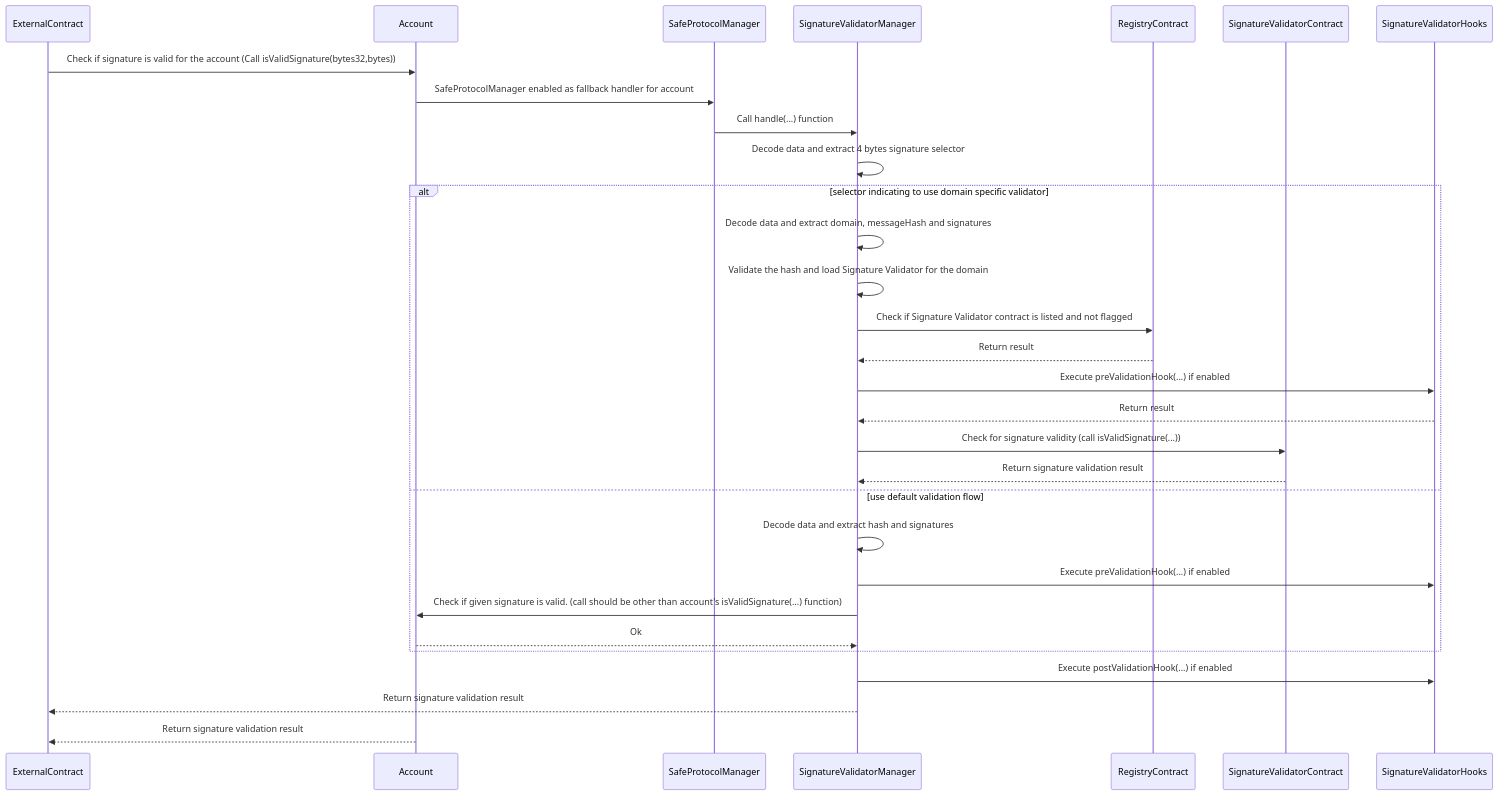
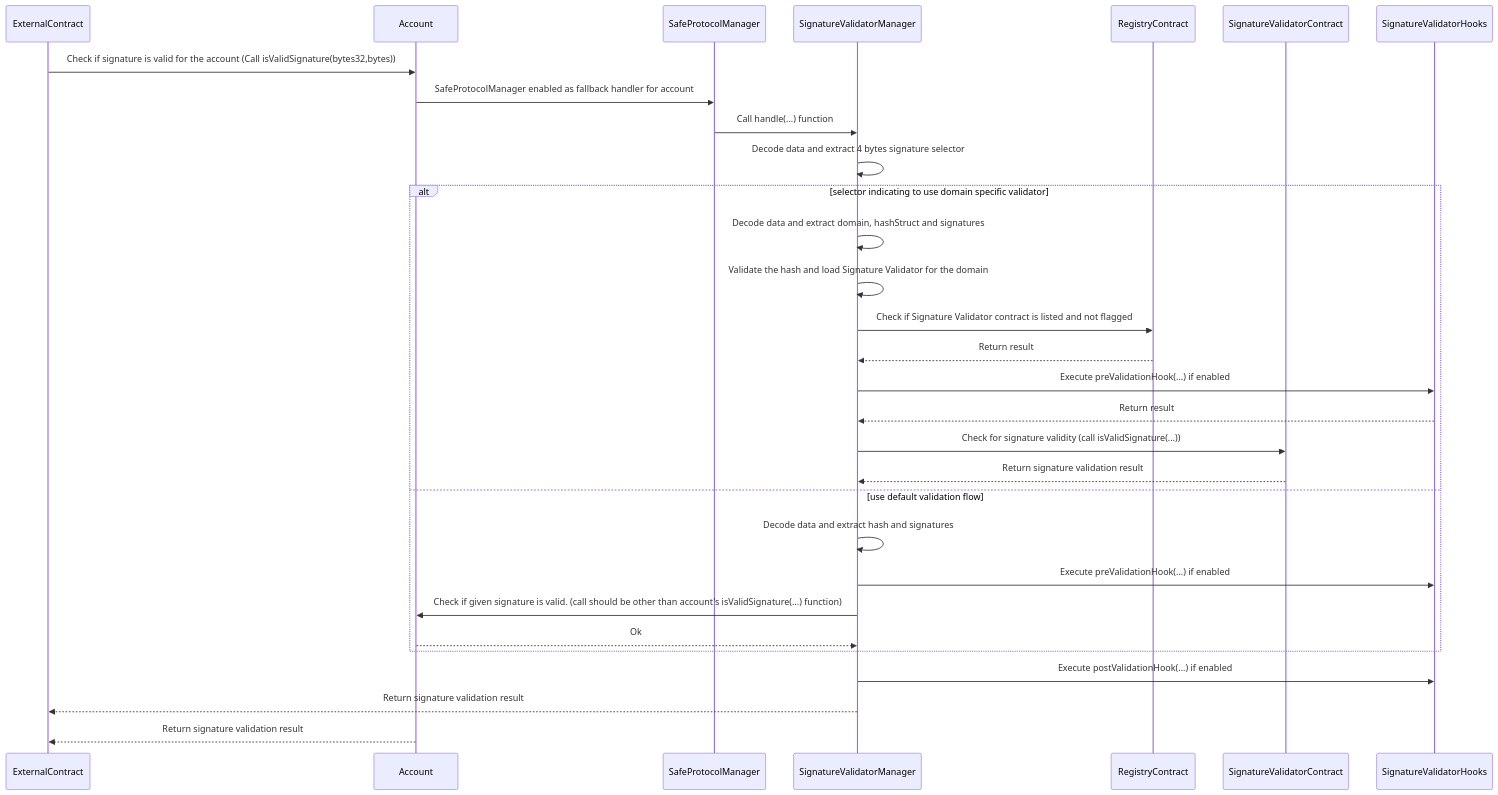
Before and after one commit to 5afe/safe-core-protocol-specs: the second of 3 diagrams in modules/README.md, drawn with Mermaid. The commit also changed other lines of this file, not shown here.

Commit message:
[#43] Use hashStruct as variable name wherever applicable

````diff
--- a/modules/README.md
+++ b/modules/README.md
@@ -153,35 +153,35 @@
 ```mermaid
 sequenceDiagram
 	participant ExternalContract
 	participant Account
     participant SafeProtocolManager
 	participant SignatureValidatorManager
 	participant RegistryContract
 	participant SignatureValidatorContract
     participant SignatureValidatorHooks
 
 	ExternalContract->>Account: Check if signature is valid for the account (Call isValidSignature(bytes32,bytes))
     Account->>SafeProtocolManager: SafeProtocolManager enabled as fallback handler for account
     SafeProtocolManager->>SignatureValidatorManager: Call handle(...) function
     SignatureValidatorManager->>SignatureValidatorManager: Decode data and extract 4 bytes signature selector
     alt selector indicating to use domain specific validator
-        SignatureValidatorManager->>SignatureValidatorManager: Decode data and extract domain, messageHash and signatures
+        SignatureValidatorManager->>SignatureValidatorManager: Decode data and extract domain, hashStruct and signatures
         SignatureValidatorManager->>SignatureValidatorManager: Validate the hash and load Signature Validator for the domain
         SignatureValidatorManager->>RegistryContract: Check if Signature Validator contract is listed and not flagged
         RegistryContract-->>SignatureValidatorManager: Return result
         SignatureValidatorManager->>SignatureValidatorHooks: Execute preValidationHook(...) if enabled
         SignatureValidatorHooks-->>SignatureValidatorManager: Return result
 
         SignatureValidatorManager->>SignatureValidatorContract: Check for signature validity (call isValidSignature(...))
         SignatureValidatorContract-->>SignatureValidatorManager: Return signature validation result
 
     else use default validation flow
         SignatureValidatorManager->>SignatureValidatorManager: Decode data and extract hash and signatures
         SignatureValidatorManager->>SignatureValidatorHooks: Execute preValidationHook(...) if enabled
         SignatureValidatorManager->>Account: Check if given signature is valid. (call should be other than account's isValidSignature(...) function)
         Account-->>SignatureValidatorManager: Ok
     end
     SignatureValidatorManager->>SignatureValidatorHooks: Execute postValidationHook(...) if enabled
 	SignatureValidatorManager-->>ExternalContract: Return signature validation result
     Account-->>ExternalContract: Return signature validation result
 ```
````
